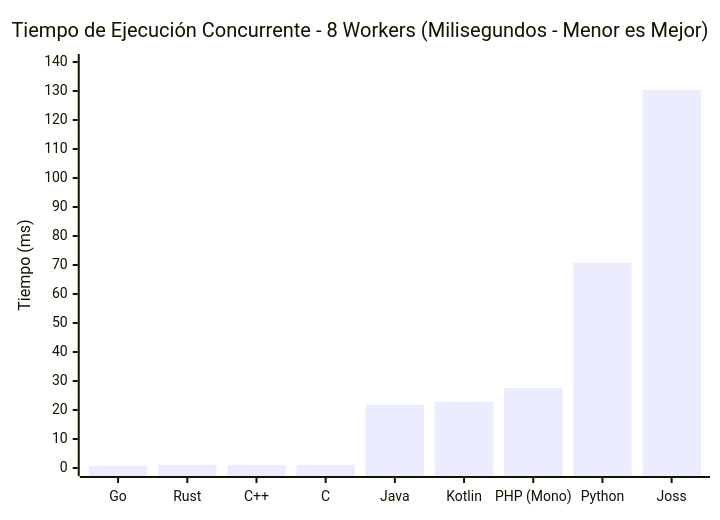
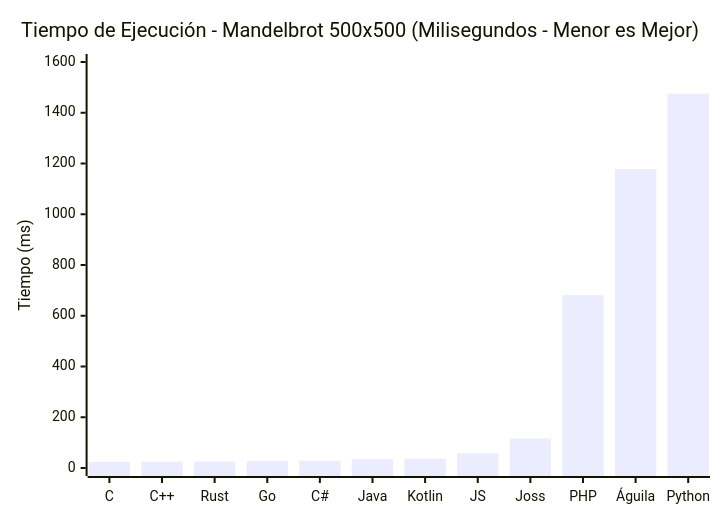
The third of 5 diagrams in branchmark.md (joss-language/Joss-Programming-Language), drawn with Mermaid before and after one commit. The commit also changed other lines of this file and 12 other files, not shown here.

Commit message:
docs(benchmarks): rewrite branchmark.md for Joss v3.6.8.0 adding Águila, JavaScript (V8) and C# (.NET 10)

````diff
--- a/branchmark.md
+++ b/branchmark.md
@@ -227,7 +174,7 @@
 ```mermaid
 xychart-beta
-    title "Tiempo de Ejecución Concurrente - 8 Workers (Milisegundos - Menor es Mejor)"
-    x-axis ["Go", "Rust", "C++", "C", "Java", "Kotlin", "PHP (Mono)", "Python", "Joss"]
-    y-axis "Tiempo (ms)" 0 --> 140
-    bar [0.7, 1.1, 1.1, 1.1, 21.8, 22.9, 27.6, 70.8, 130.4]
+    title "Tiempo de Ejecución - Mandelbrot 500x500 (Milisegundos - Menor es Mejor)"
+    x-axis ["C", "C++", "Rust", "Go", "C#", "Java", "Kotlin", "JS", "Joss", "PHP", "Águila", "Python"]
+    y-axis "Tiempo (ms)" 0 --> 1600
+    bar [23.9, 25.1, 25.7, 27.2, 29.1, 34.4, 36.0, 57.8, 116.3, 681.3, 1177.9, 1475.4]
 ```
````
